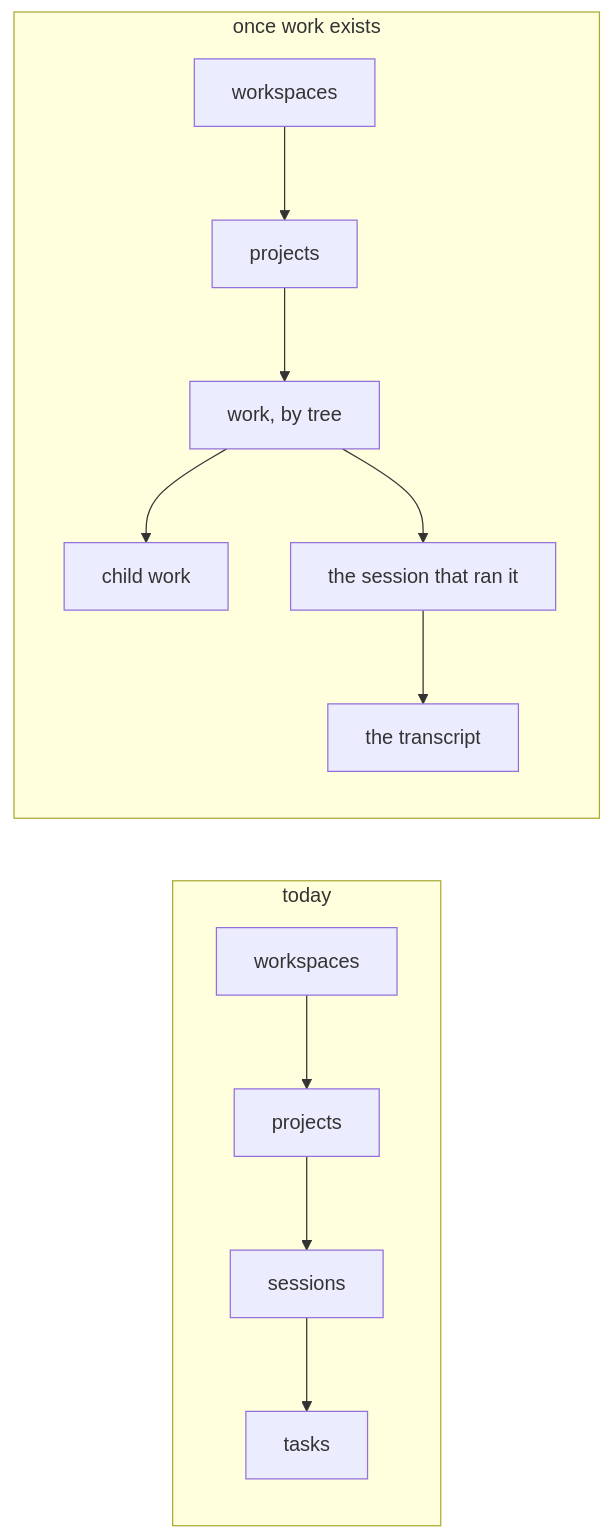
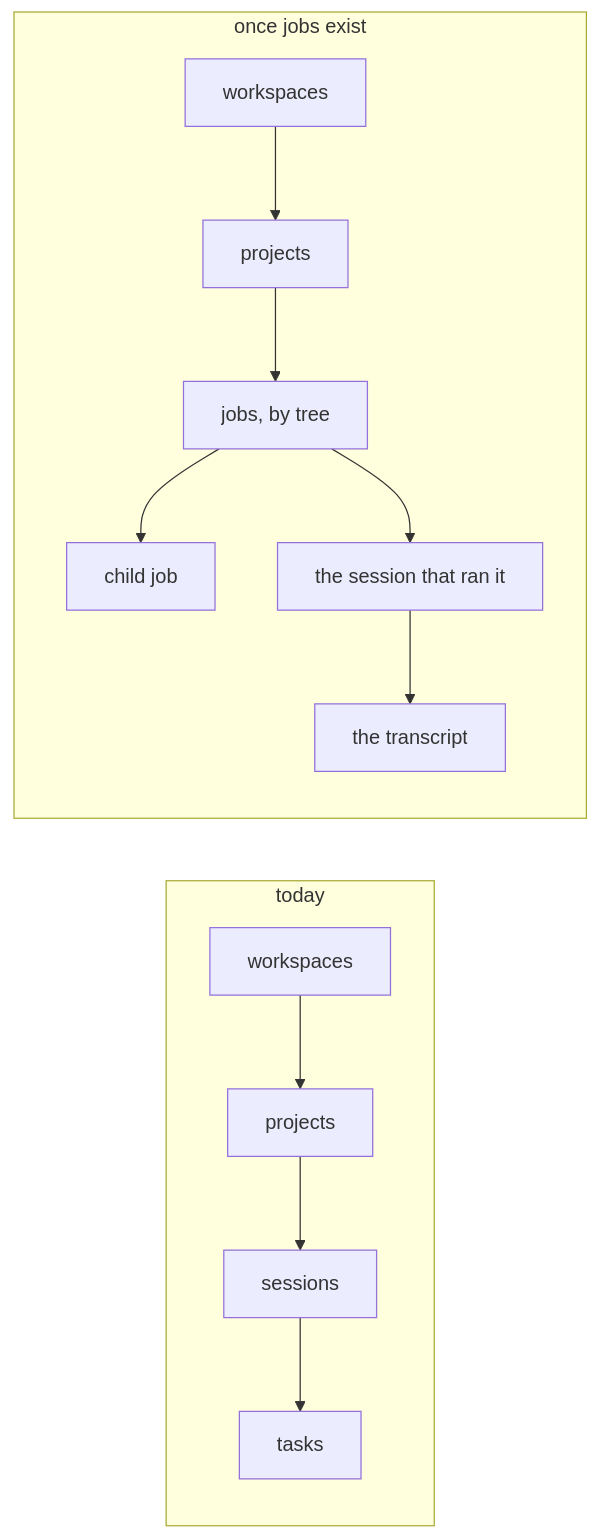
Diagram 15 of 19 in docs/ORCHESTRATION.md (atlantic-blue/quay-crew), drawn with Mermaid before and after one commit. The commit also changed other lines of this file and 222 other files, not shown here.

Commit message:
refactor: declared intent is a job, not work

````diff
--- a/docs/ORCHESTRATION.md
+++ b/docs/ORCHESTRATION.md
@@ -2114,12 +2114,12 @@
 ```mermaid
 flowchart LR
     subgraph NOW["today"]
         W1["workspaces"] --> P1["projects"] --> S1["sessions"] --> T1["tasks"]
     end
-    subgraph NEXT["once work exists"]
-        W2["workspaces"] --> P2["projects"] --> K2["work, by tree"]
-        K2 --> K3["child work"]
+    subgraph NEXT["once jobs exist"]
+        W2["workspaces"] --> P2["projects"] --> K2["jobs, by tree"]
+        K2 --> K3["child job"]
         K2 --> S2["the session that ran it"]
         S2 --> T2["the transcript"]
     end
 ```
````
